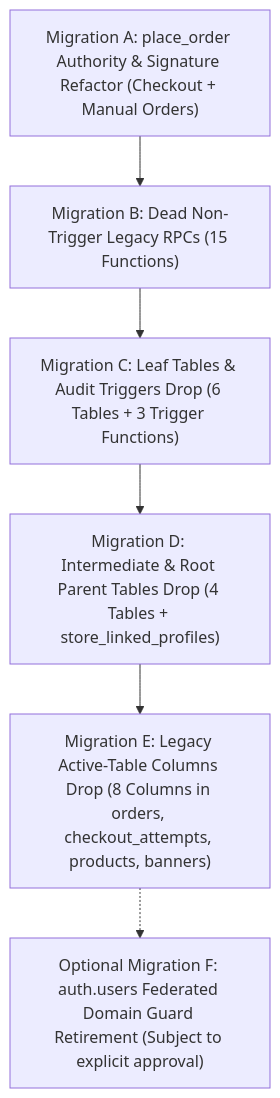
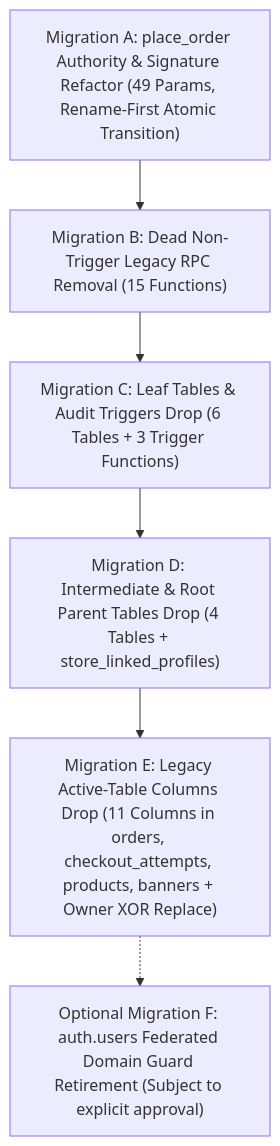
Before and after one commit to dilmart-info/Dilmart: the diagram in docs/stage-b/pass2/STAGE_B_PASS2_EXECUTIVE_PLAN.md, drawn with Mermaid. The commit also changed other lines of this file and 10 other files, not shown here.

Commit message:
docs(stage-b): final micro-closure with check constraint dependency, M28 columns disposition, and rename-first transition contract

````diff
--- a/docs/stage-b/pass2/STAGE_B_PASS2_EXECUTIVE_PLAN.md
+++ b/docs/stage-b/pass2/STAGE_B_PASS2_EXECUTIVE_PLAN.md
@@ -63,8 +59,8 @@
 ```mermaid
 graph TD
-    MA["Migration A: place_order Authority & Signature Refactor (Checkout + Manual Orders)"] --> MB["Migration B: Dead Non-Trigger Legacy RPCs (15 Functions)"]
+    MA["Migration A: place_order Authority & Signature Refactor (49 Params, Rename-First Atomic Transition)"] --> MB["Migration B: Dead Non-Trigger Legacy RPC Removal (15 Functions)"]
     MB --> MC["Migration C: Leaf Tables & Audit Triggers Drop (6 Tables + 3 Trigger Functions)"]
     MC --> MD["Migration D: Intermediate & Root Parent Tables Drop (4 Tables + store_linked_profiles)"]
-    MD --> ME["Migration E: Legacy Active-Table Columns Drop (8 Columns in orders, checkout_attempts, products, banners)"]
+    MD --> ME["Migration E: Legacy Active-Table Columns Drop (11 Columns in orders, checkout_attempts, products, banners + Owner XOR Replace)"]
     ME -.-> MF["Optional Migration F: auth.users Federated Domain Guard Retirement (Subject to explicit approval)"]
 ```
````
